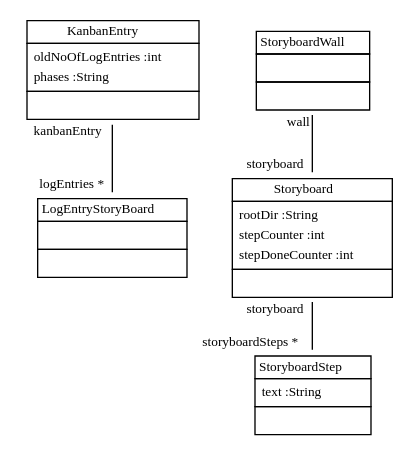
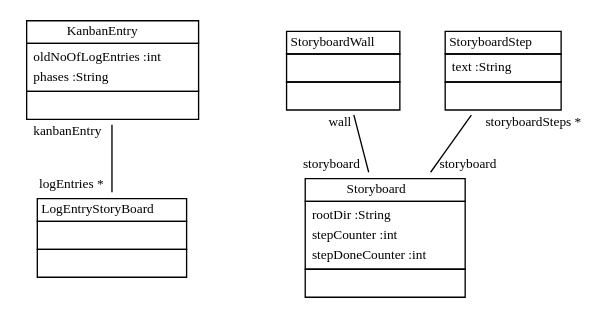
One commit to fujaba/SDMLib changed the diagram in doc/StoryboardInfrastructureClassDiagram7.dot. Above: the diagram before and after it, drawn with Graphviz. The commit also changed 243 other files, not shown here.

```diff
--- a/doc/StoryboardInfrastructureClassDiagram7.dot
+++ b/doc/StoryboardInfrastructureClassDiagram7.dot
@@ -1,18 +1,18 @@
 
  digraph ClassDiagram {
     node [shape = none, fontsize = 10]; 
     edge [fontsize = 10];
     
     
-    _KanbanEntry [label=<<table border='0' cellborder='1' cellspacing='0'> <tr> <td HREF="../src/KanbanEntry.java">KanbanEntry</td> </tr> <tr><td><table border='0' cellborder='0' cellspacing='0'> <tr><td align='left'>oldNoOfLogEntries :int</td></tr> <tr><td align='left'>phases :String</td></tr>  </table></td></tr> <tr><td><table border='0' cellborder='0' cellspacing='0'> <tr><td> </td></tr> </table></td></tr> </table>>];
-    _LogEntryStoryBoard [label=<<table border='0' cellborder='1' cellspacing='0'> <tr> <td HREF="../src/LogEntryStoryBoard.java">LogEntryStoryBoard</td> </tr> <tr><td><table border='0' cellborder='0' cellspacing='0'> <tr><td> </td></tr> </table></td></tr> <tr><td><table border='0' cellborder='0' cellspacing='0'> <tr><td> </td></tr> </table></td></tr> </table>>];
+    _KanbanEntry [label=<<table border='0' cellborder='1' cellspacing='0'> <tr> <td HREF="../src/org/sdmlib/storyboards/KanbanEntry.java">KanbanEntry</td> </tr> <tr><td><table border='0' cellborder='0' cellspacing='0'> <tr><td align='left'>oldNoOfLogEntries :int</td></tr> <tr><td align='left'>phases :String</td></tr>  </table></td></tr> <tr><td><table border='0' cellborder='0' cellspacing='0'> <tr><td> </td></tr> </table></td></tr> </table>>];
+    _LogEntryStoryBoard [label=<<table border='0' cellborder='1' cellspacing='0'> <tr> <td HREF="../src/org/sdmlib/storyboards/LogEntryStoryBoard.java">LogEntryStoryBoard</td> </tr> <tr><td><table border='0' cellborder='0' cellspacing='0'> <tr><td> </td></tr> </table></td></tr> <tr><td><table border='0' cellborder='0' cellspacing='0'> <tr><td> </td></tr> </table></td></tr> </table>>];
     _StoryboardWall [label=<<table border='0' cellborder='1' cellspacing='0'> <tr> <td HREF="../src/StoryboardWall.java">StoryboardWall</td> </tr> <tr><td><table border='0' cellborder='0' cellspacing='0'> <tr><td> </td></tr> </table></td></tr> <tr><td><table border='0' cellborder='0' cellspacing='0'> <tr><td> </td></tr> </table></td></tr> </table>>];
     _Storyboard [label=<<table border='0' cellborder='1' cellspacing='0'> <tr> <td HREF="../src/org/sdmlib/storyboards/Storyboard.java">Storyboard</td> </tr> <tr><td><table border='0' cellborder='0' cellspacing='0'> <tr><td align='left'>rootDir :String</td></tr> <tr><td align='left'>stepCounter :int</td></tr> <tr><td align='left'>stepDoneCounter :int</td></tr>  </table></td></tr> <tr><td><table border='0' cellborder='0' cellspacing='0'> <tr><td> </td></tr> </table></td></tr> </table>>];
     _StoryboardStep [label=<<table border='0' cellborder='1' cellspacing='0'> <tr> <td HREF="../src/StoryboardStep.java">StoryboardStep</td> </tr> <tr><td><table border='0' cellborder='0' cellspacing='0'> <tr><td align='left'>text :String</td></tr>  </table></td></tr> <tr><td><table border='0' cellborder='0' cellspacing='0'> <tr><td> </td></tr> </table></td></tr> </table>>];
     
     
     
     _KanbanEntry -> _LogEntryStoryBoard [headlabel = "logEntries *" taillabel = "kanbanEntry" arrowhead = "none" ];
     _StoryboardWall -> _Storyboard [headlabel = "storyboard" taillabel = "wall" arrowhead = "none" ];
-    _Storyboard -> _StoryboardStep [headlabel = "storyboardSteps *" taillabel = "storyboard" arrowhead = "none" ];
+    _StoryboardStep -> _Storyboard [headlabel = "storyboard" taillabel = "storyboardSteps *" arrowhead = "none" ];
 }
```
